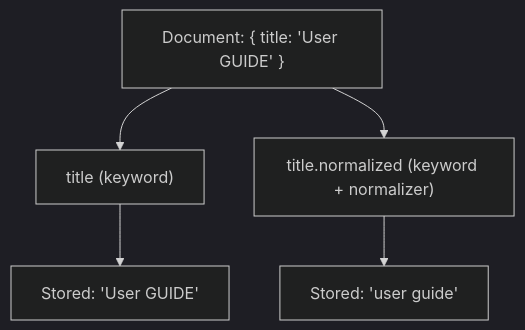
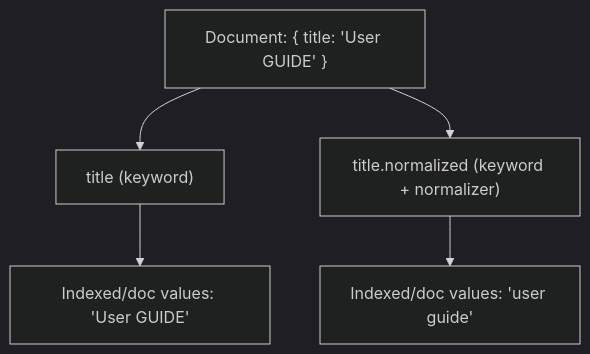
Before and after one commit to OneUptime/blog: the fourth of 6 diagrams in posts/2026-01-30-elasticsearch-normalizers/README.md, drawn with Mermaid (dark theme). The commit also changed other lines of this file and 2 other files, not shown here.

````diff
--- a/posts/2026-01-30-elasticsearch-normalizers/README.md
+++ b/posts/2026-01-30-elasticsearch-normalizers/README.md
@@ -275,8 +275,8 @@
 ```mermaid
 flowchart TD
     Doc["Document: { title: 'User GUIDE' }"]
     Doc --> F1["title (keyword)"]
     Doc --> F2["title.normalized (keyword + normalizer)"]
-    F1 --> V1["Stored: 'User GUIDE'"]
-    F2 --> V2["Stored: 'user guide'"]
+    F1 --> V1["Indexed/doc values: 'User GUIDE'"]
+    F2 --> V2["Indexed/doc values: 'user guide'"]
 ```
````
